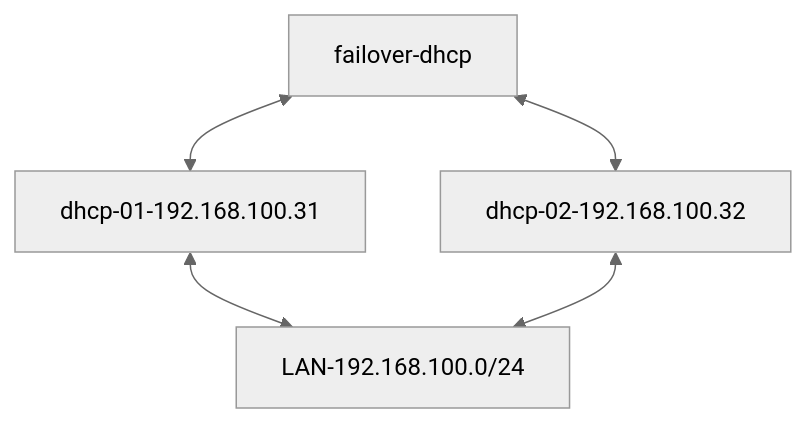
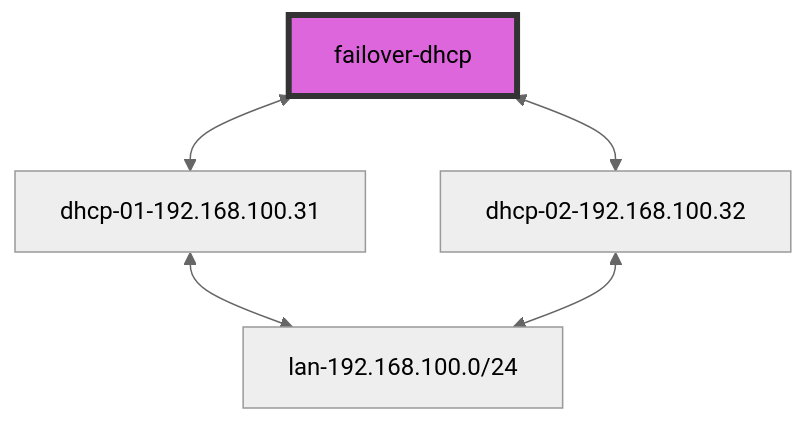
The diagram in Config_DHCP_Failover.md (ivanterner/Time_of_the_first), drawn with Mermaid (neutral theme) before and after one commit.

````diff
--- a/Config_DHCP_Failover.md
+++ b/Config_DHCP_Failover.md
@@ -3,7 +3,8 @@
 ```mermaid
 graph TD;
     failover-dhcp<-->dhcp-01-192.168.100.31;
     failover-dhcp<-->dhcp-02-192.168.100.32;
-    dhcp-01-192.168.100.31<-->LAN-192.168.100.0/24;
-    dhcp-02-192.168.100.32<-->LAN-192.168.100.0/24;
+    dhcp-01-192.168.100.31<-->lan-192.168.100.0/24;
+    dhcp-02-192.168.100.32<-->lan-192.168.100.0/24;
+style failover-dhcp  fill:#d6d,stroke:#333,stroke-width:4:px
 ```
````
